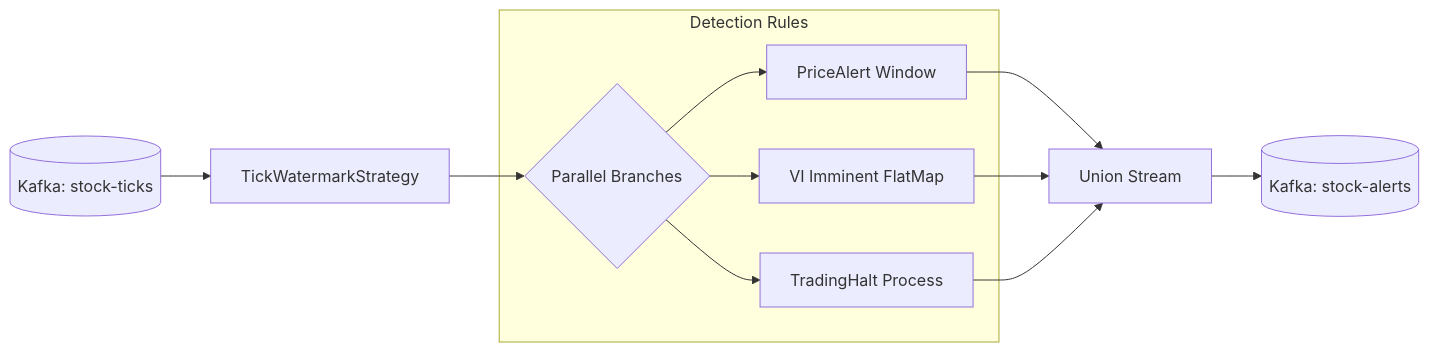
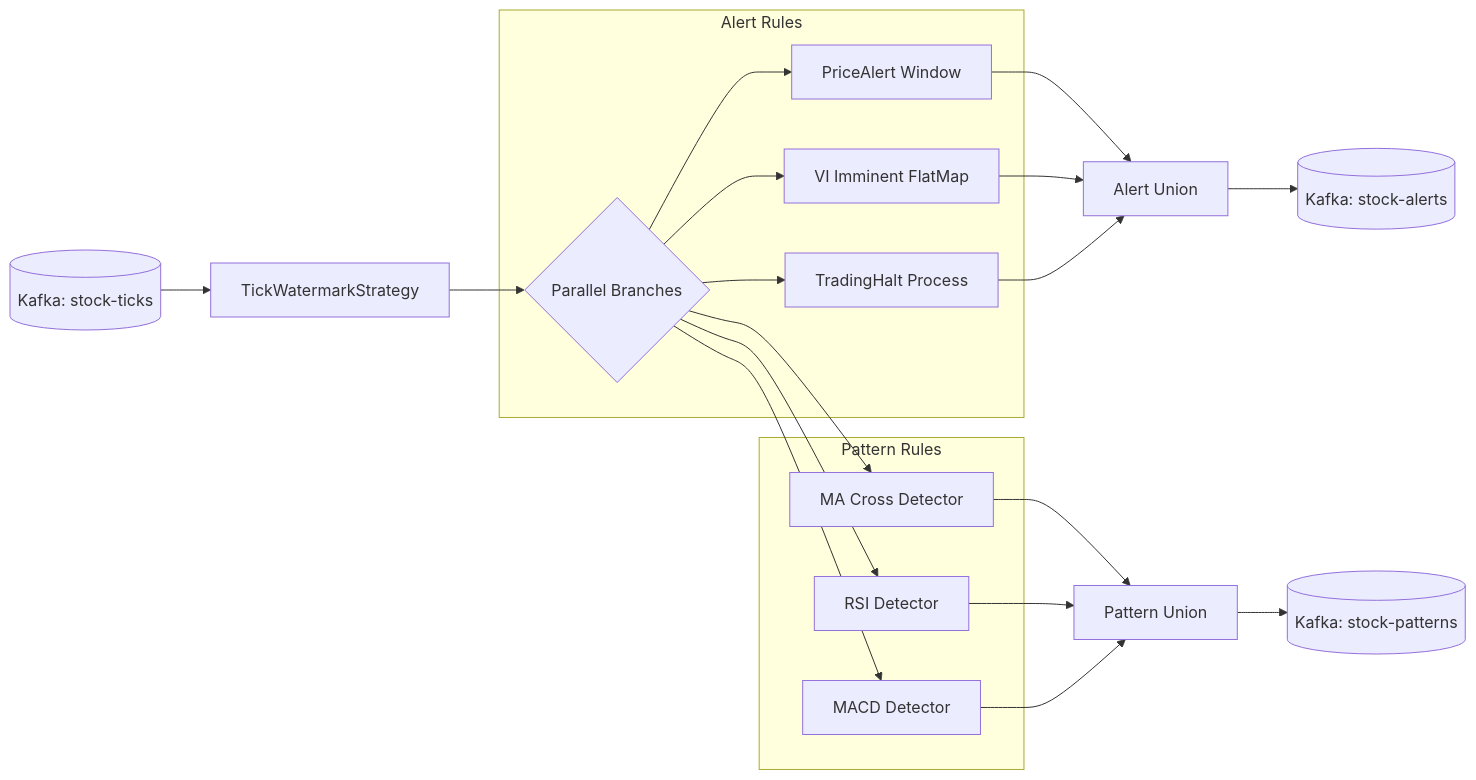
The diagram in docs/design/16-stream-detection-design.md (rover0811/invest_view), drawn with Mermaid before and after one commit. The commit also changed other lines of this file and 8 other files, not shown here.

````diff
--- a/docs/design/16-stream-detection-design.md
+++ b/docs/design/16-stream-detection-design.md
@@ -49,17 +49,27 @@
 ```mermaid
 flowchart LR
     Source[(Kafka: stock-ticks)] --> WM[TickWatermarkStrategy]
     WM --> Split{Parallel Branches}
     
-    subgraph Detection Rules
+    subgraph Alert Rules
         Split --> PA[PriceAlert Window]
         Split --> VI[VI Imminent FlatMap]
         Split --> TH[TradingHalt Process]
     end
-    
-    PA --> Union[Union Stream]
-    VI --> Union
-    TH --> Union
-    
-    Union --> Sink[(Kafka: stock-alerts)]
+
+    subgraph Pattern Rules
+        Split --> CR[MA Cross Detector]
+        Split --> RSI[RSI Detector]
+        Split --> MACD[MACD Detector]
+    end
+
+    PA --> AlertUnion[Alert Union]
+    VI --> AlertUnion
+    TH --> AlertUnion
+    AlertUnion --> AlertSink[(Kafka: stock-alerts)]
+
+    CR --> PatternUnion[Pattern Union]
+    RSI --> PatternUnion
+    MACD --> PatternUnion
+    PatternUnion --> PatternSink[(Kafka: stock-patterns)]
 ```
````
